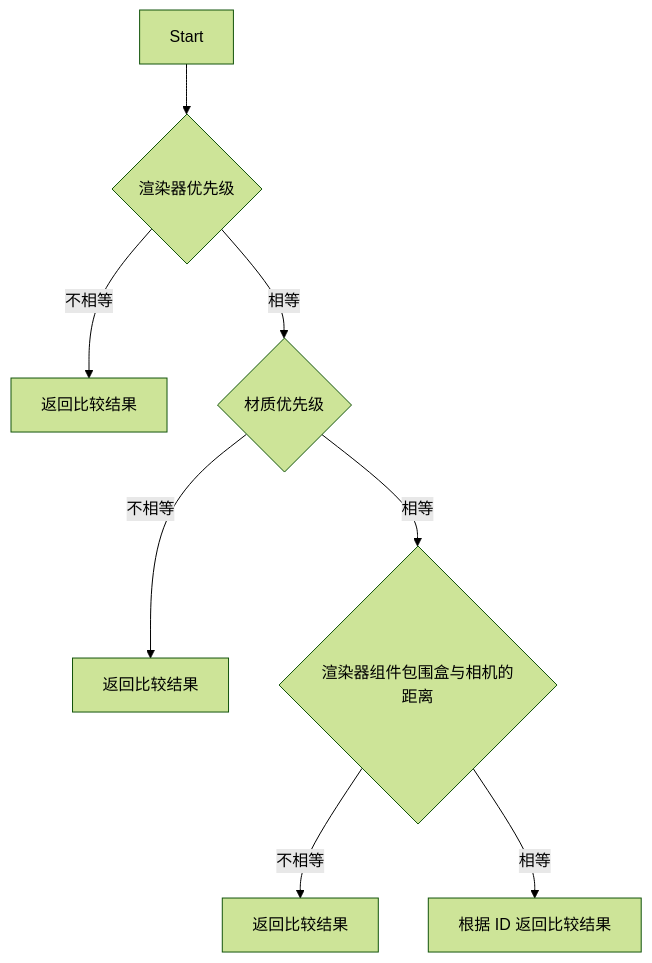
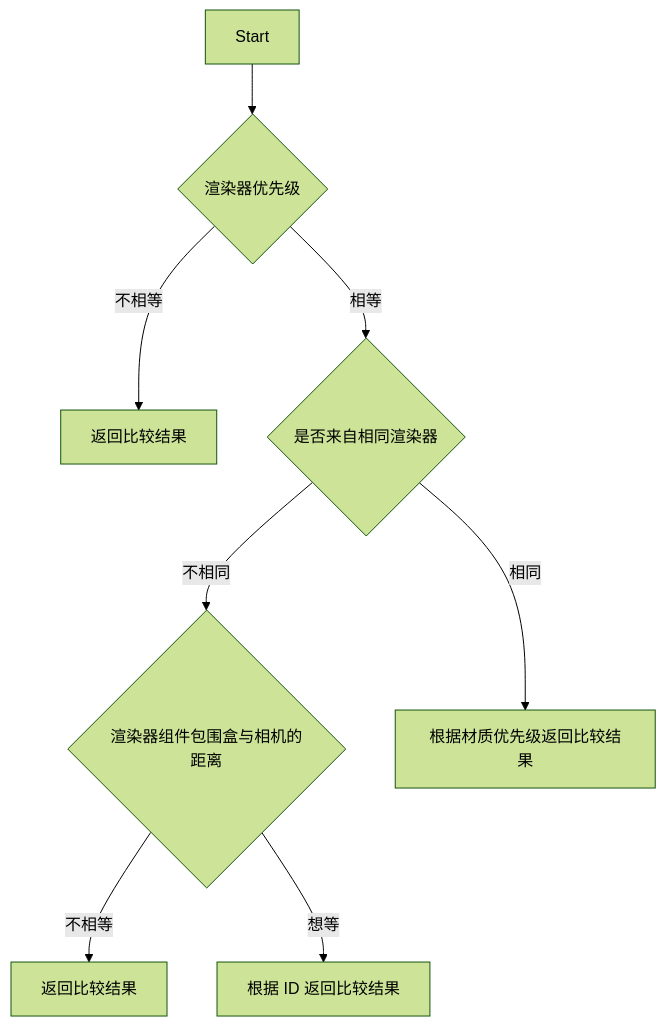
The second of 2 diagrams in docs/graphics-renderer-order.zh-CN.md (galacean/galacean.github.io), drawn with Mermaid (forest theme) before and after one commit. The commit also changed other lines of this file and 2 other files, not shown here.

````diff
--- a/docs/graphics-renderer-order.zh-CN.md
+++ b/docs/graphics-renderer-order.zh-CN.md
@@ -35,10 +35,10 @@
 ```mermaid
 flowchart TD
     A[Start] --> B{渲染器优先级}
     B -->|不相等| C[返回比较结果]
-    B -->|相等| D{材质优先级}
-    D -->|不相等| E[返回比较结果]
-    D -->|相等| F{渲染器组件包围盒与相机的距离}
-    F -->|不相等| G[返回比较结果]
-    F -->|相等| H[根据 ID 返回比较结果]
+    B -->|相等| D{是否来自相同渲染器}
+    D -->|不相同| E{渲染器组件包围盒与相机的距离}
+    D -->|相同| F[根据材质优先级返回比较结果]
+    E -->|不相等| G[返回比较结果]
+    E -->|想等| H[根据 ID 返回比较结果]
 ```
````
